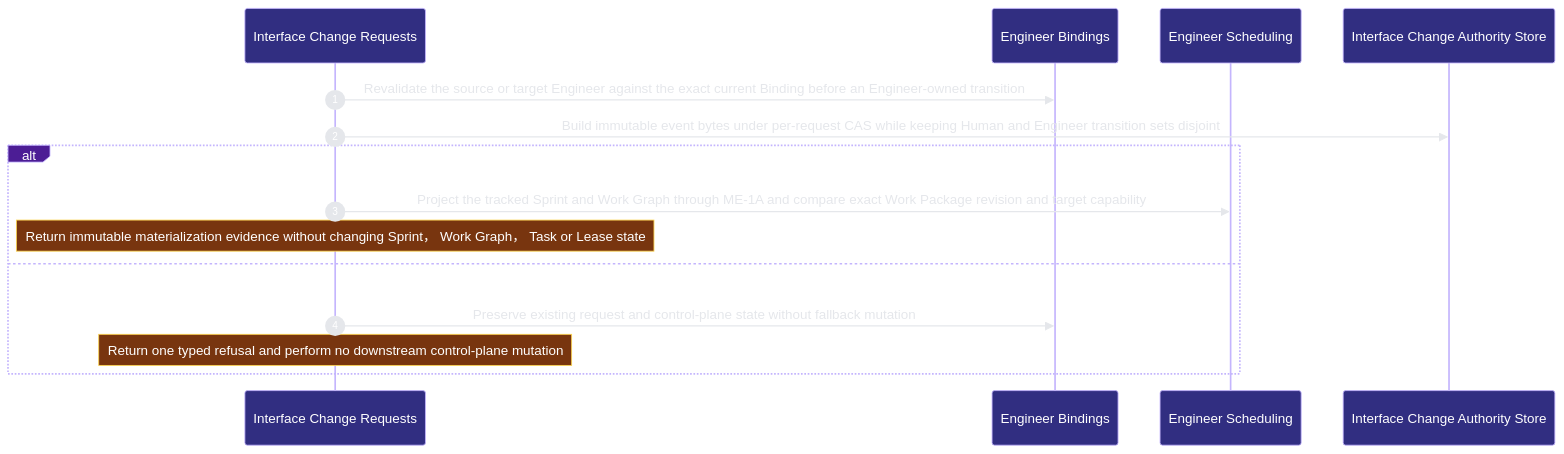
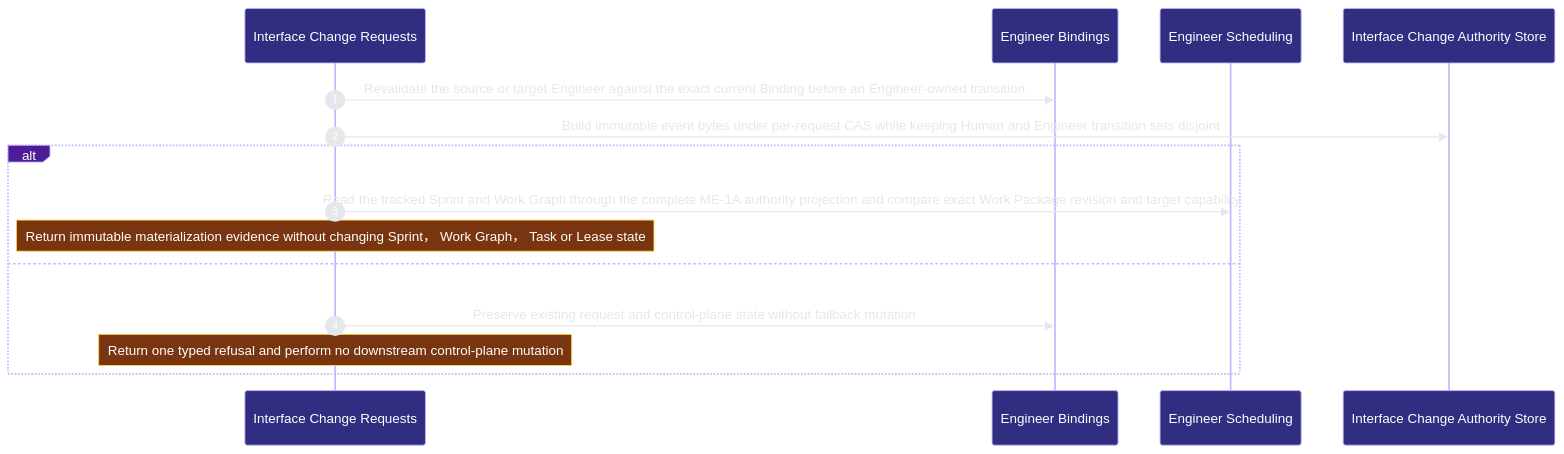
One commit to Ancienttwo/repo-harness changed the second of 2 diagrams in docs/architecture/modules/runtime-harness/interface-change.md. Above: the diagram before and after it, drawn with Mermaid. The commit also changed other lines of this file and 13 other files, not shown here.

Commit message:
docs(architecture): bind ME-4B to scheduler projection authority

````diff
--- a/docs/architecture/modules/runtime-harness/interface-change.md
+++ b/docs/architecture/modules/runtime-harness/interface-change.md
@@ -66,18 +66,18 @@
 ```mermaid
 %%{init: {"theme":"base","themeVariables":{"background":"#0d1117","actorBkg":"#312e81","actorBorder":"#c4b5fd","actorTextColor":"#ffffff","signalColor":"#e5e7eb","signalTextColor":"#e5e7eb","labelBoxBkgColor":"#4c1d95","labelBoxBorderColor":"#c4b5fd","labelTextColor":"#ffffff","noteBkgColor":"#78350f","noteBorderColor":"#fcd34d","noteTextColor":"#ffffff","sequenceNumberColor":"#ffffff"}}}%%
 sequenceDiagram
   autonumber
   participant p2_interface_change_07dfc7ca as Interface Change Requests
   participant p2_engineer_bindings_4e9749d0 as Engineer Bindings
   participant p2_engineer_scheduling_873d6e50 as Engineer Scheduling
   participant p2_interface_store_f8f9b407 as Interface Change Authority Store
   p2_interface_change_07dfc7ca->>p2_engineer_bindings_4e9749d0: Revalidate the source or target Engineer against the exact current Binding before an Engineer-owned transition
   p2_interface_change_07dfc7ca->>p2_interface_store_f8f9b407: Build immutable event bytes under per-request CAS while keeping Human and Engineer transition sets disjoint
   alt The target Engineer proves the accepted Work Package exists at one exact Git commit
-  p2_interface_change_07dfc7ca->>p2_engineer_scheduling_873d6e50: Project the tracked Sprint and Work Graph through ME-1A and compare exact Work Package revision and target capability
+  p2_interface_change_07dfc7ca->>p2_engineer_scheduling_873d6e50: Read the tracked Sprint and Work Graph through the complete ME-1A authority projection and compare exact Work Package revision and target capability
     Note over p2_interface_change_07dfc7ca: Return immutable materialization evidence without changing Sprint， Work Graph， Task or Lease state
   else Stale CAS， actor mismatch， invalid transition or inexact materialization fails closed
   p2_interface_change_07dfc7ca->>p2_engineer_bindings_4e9749d0: Preserve existing request and control-plane state without fallback mutation
     Note over p2_interface_change_07dfc7ca: Return one typed refusal and perform no downstream control-plane mutation
   end
 ```
````
